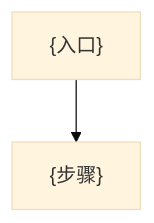
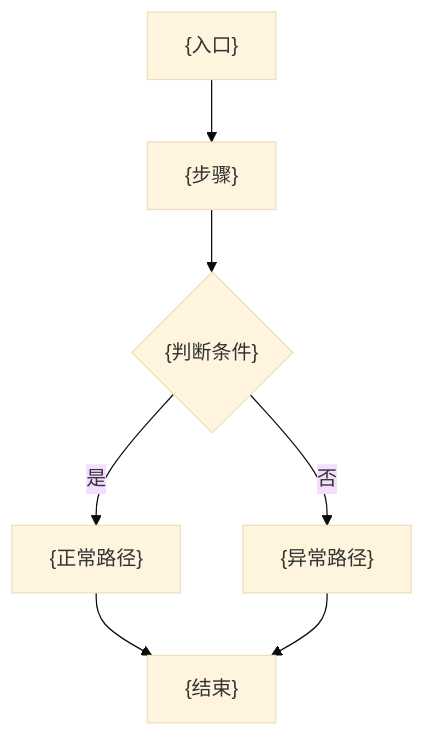
The second of 3 diagrams in skills/bug-doc-required/template.md (exception-coder/team-standards), drawn with Mermaid (base theme) before and after one commit. The commit also changed other lines of this file and 13 other files, not shown here.

````diff
--- a/skills/bug-doc-required/template.md
+++ b/skills/bug-doc-required/template.md
@@ -61,4 +86,9 @@
 ```mermaid
 flowchart TD
     A["{入口}"] --> B["{步骤}"]
+    B --> C{"{判断条件}"}
+    C -- "是" --> D["{正常路径}"]
+    C -- "否" --> E["{异常路径}"]
+    D --> F["{结束}"]
+    E --> F
 ```
````
